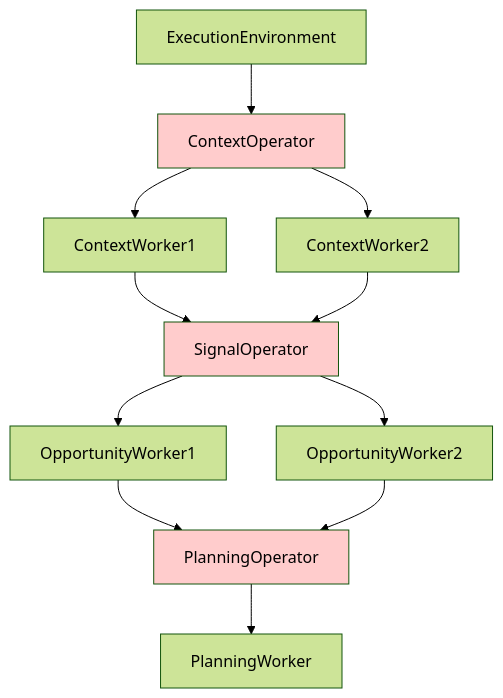
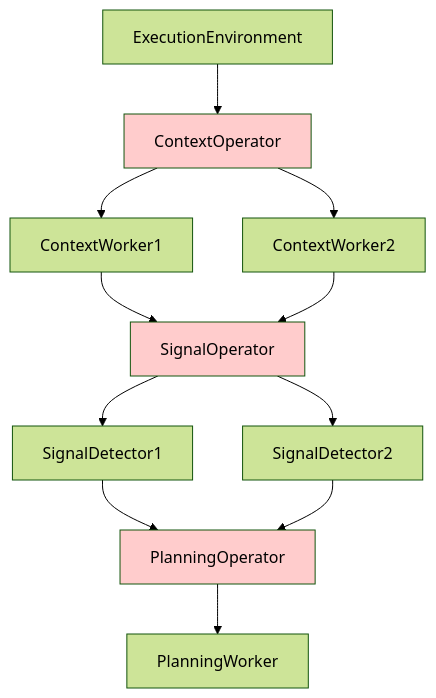
Before and after one commit to MikeyVK/S1mpleTraderV3: the third of 5 diagrams in docs/architecture/LAYERED_ARCHITECTURE.md, drawn with Mermaid (forest theme). The commit also changed other lines of this file and 5 other files, not shown here.

First line of the commit message:
docs: Complete SWOT terminology cleanup in architecture docs

````diff
--- a/docs/architecture/LAYERED_ARCHITECTURE.md
+++ b/docs/architecture/LAYERED_ARCHITECTURE.md
@@ -260,27 +260,27 @@
 ```mermaid
 graph TD
     Env[ExecutionEnvironment]
     CtxOp[ContextOperator]
     OppOp[SignalOperator]
     PlanOp[PlanningOperator]
     CW1[ContextWorker1]
     CW2[ContextWorker2]
-    OW1[OpportunityWorker1]
-    OW2[OpportunityWorker2]
+    OW1[SignalDetector1]
+    OW2[SignalDetector2]
     PW[PlanningWorker]
     
     Env --> CtxOp
     CtxOp --> CW1
     CtxOp --> CW2
     CW1 --> OppOp
     CW2 --> OppOp
     OppOp --> OW1
     OppOp --> OW2
     OW1 --> PlanOp
     OW2 --> PlanOp
     PlanOp --> PW
     
     style CtxOp fill:#ffcccc
     style OppOp fill:#ffcccc
     style PlanOp fill:#ffcccc
 ```
````
